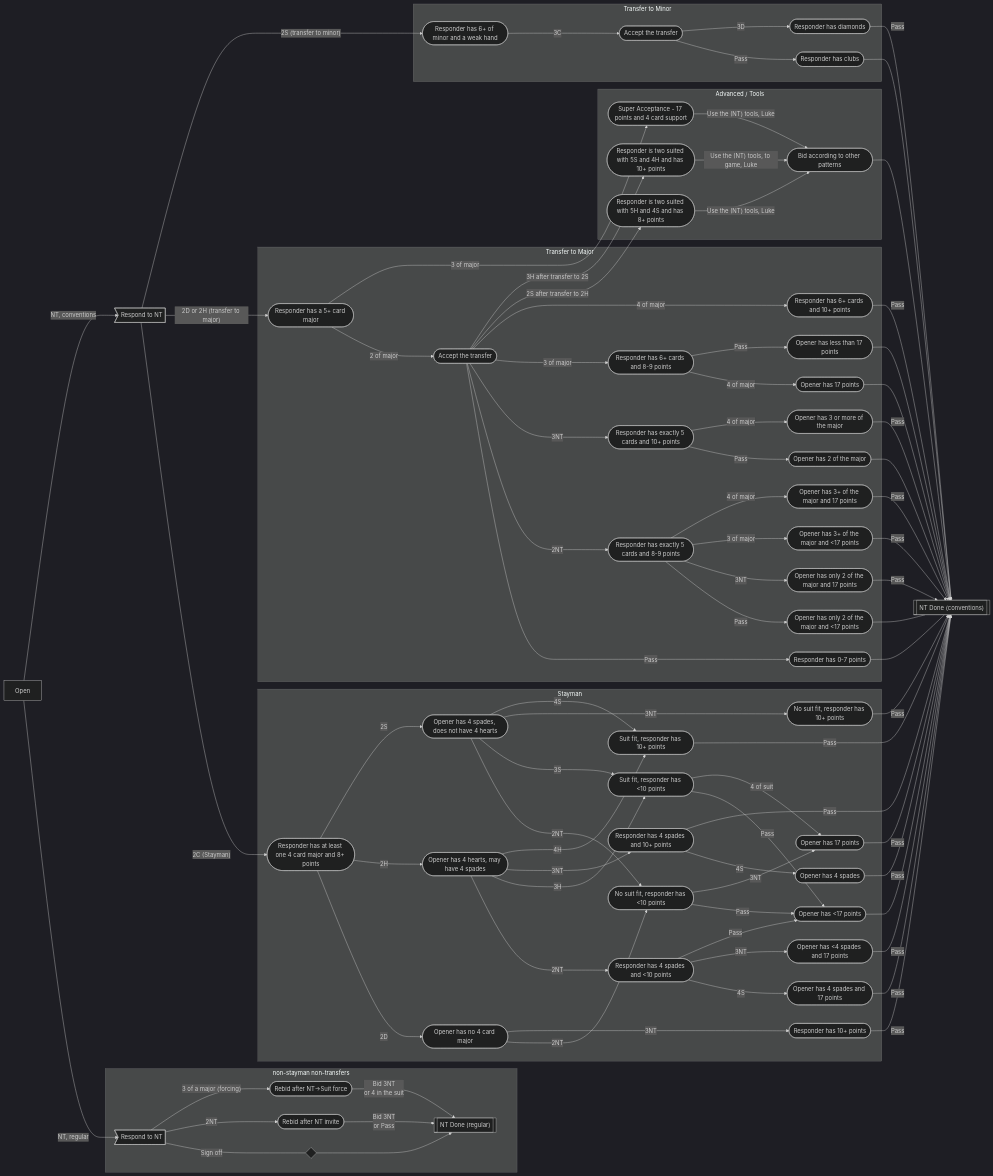
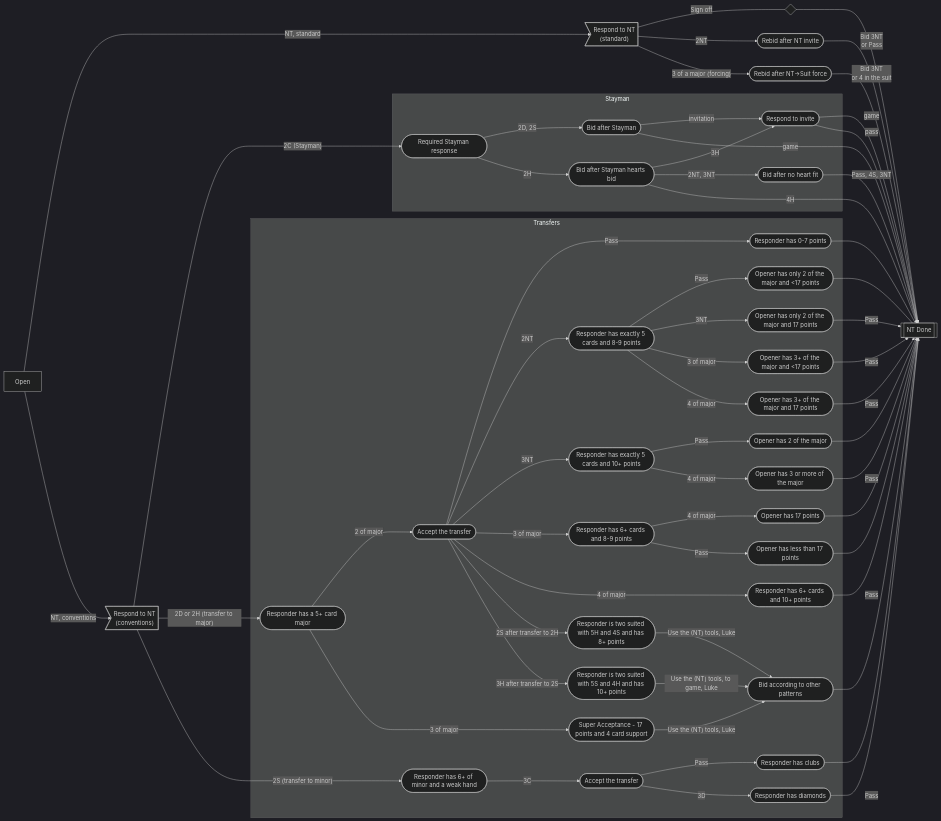
The diagram in transfers.mmd (truist/bridge_bidding), drawn with Mermaid (dark theme) before and after one commit. The commit also changed 1 other file, not shown here.

Commit message:
Stayman simplified

```diff
--- a/transfers.mmd
+++ b/transfers.mmd
@@ -1,103 +1,82 @@
 flowchart LR
   Open[Open]
-    Open -->|NT, regular| NTRespond>Respond to NT]
-    Open -->|NT, conventions| NTConventions>Respond to NT]
+    Open -->|NT, standard| NTStandard>"Respond to NT\n(standard)"]
+    Open -->|NT, conventions| NTConventions>"Respond to NT\n(conventions)"]
 
-  subgraph NTOpensGraph [non-stayman non-transfers]
-    NTRespond ---|"Sign off"| Spacer1{" "}
-      Spacer1 --> NTDoneRegular[["NT Done (regular)"]]
-    NTRespond -->|"2NT"| NTInvitational([Rebid after NT invite])
-      NTInvitational -->|Bid 3NT\nor Pass| NTDoneRegular
-    NTRespond -->|"3 of a major (forcing)"| NTForcing([Rebid after NT->Suit force])
-      NTForcing -->|Bid 3NT\nor 4 in the suit| NTDoneRegular
+    NTStandard ---|"Sign off"| Spacer1{" "}
+      Spacer1 --> NTDone[["NT Done"]]
+    NTStandard -->|"2NT"| NTInvitational([Rebid after NT invite])
+      NTInvitational -->|Bid 3NT\nor Pass| NTDone
+    NTStandard -->|"3 of a major (forcing)"| NTForcing([Rebid after NT->Suit force])
+      NTForcing -->|Bid 3NT\nor 4 in the suit| NTDone
+
+    NTConventions -->|"2C (Stayman)"| Stayman([Required Stayman response])
+
+  subgraph StaymanGraph2 [Stayman]
+      Stayman -->|2D, 2S| StaymanNextBidSimple([Bid after Stayman])
+        StaymanNextBidSimple -->|invitation| StaymanInviteRespond([Respond to invite])
+      Stayman -->|2H| StaymanNextBidHearts([Bid after Stayman hearts bid])
+        StaymanNextBidHearts -->|3H| StaymanInviteRespond
+        StaymanNextBidHearts -->|2NT, 3NT| StaymanNoHeartFit([Bid after no heart fit])
   end
+          StaymanInviteRespond -->|game| NTDone
+          StaymanInviteRespond -->|pass| NTDone
+        StaymanNextBidSimple -->|game| NTDone
+        StaymanNextBidHearts -->|4H| NTDone
+          StaymanNoHeartFit -->|Pass, 4S, 3NT| NTDone
 
-    NTConventions -->|"2C (Stayman)"| Stayman([Responder has at least one 4 card major and 8+ points])
-  subgraph StaymanGraph [Stayman]
-      Stayman -->|2D| NoMajor([Opener has no 4 card major])
-        NoMajor -->|2NT| NoFitInvitational([No suit fit, responder has <10 points])
-          NoFitInvitational -->|Pass| InvitationalLowPoints([Opener has <17 points])
-          NoFitInvitational  -->|3NT| InvitationalHighPoints([Opener has 17 points])
-        NoMajor -->|3NT| NTGame([Responder has 10+ points])
-      Stayman -->|2H| HeartMajor([Opener has 4 hearts, may have 4 spades])
-        HeartMajor -->|2NT| SpadeSecondChanceLowPoints([Responder has 4 spades and <10 points])
-          SpadeSecondChanceLowPoints -->|4S| SpadeChanceWonHighPoints([Opener has 4 spades and 17 points])
-          SpadeSecondChanceLowPoints -->|3NT| SpadeChanceLostHighPoints([Opener has <4 spades and 17 points])
-          SpadeSecondChanceLowPoints -->|Pass| InvitationalLowPoints
-        HeartMajor -->|3H| SuitInvitational([Suit fit, responder has <10 points])
-          SuitInvitational -->|Pass| InvitationalLowPoints
-          SuitInvitational -->|4 of suit| InvitationalHighPoints
-        HeartMajor -->|3NT| SpadeSecondChanceHighPoints([Responder has 4 spades and 10+ points])
-          SpadeSecondChanceHighPoints -->|4S| SpadeChanceWon([Opener has 4 spades])
-        HeartMajor -->|4H| GameFitResponder([Suit fit, responder has 10+ points])
-      Stayman -->|2S| SpadeMajor([Opener has 4 spades, does not have 4 hearts])
-        SpadeMajor -->|2NT| NoFitInvitational
-        SpadeMajor -->|3S| SuitInvitational
-        SpadeMajor -->|3NT| NoFitNT([No suit fit, responder has 10+ points])
-        SpadeMajor -->|4S| GameFitResponder
-  end
-            InvitationalLowPoints --- NTDone[["NT Done (conventions)"]]
-            InvitationalHighPoints -->|Pass| NTDone
-          NTGame -->|Pass| NTDone
-            SpadeChanceWonHighPoints -->|Pass| NTDone
-            SpadeChanceLostHighPoints -->|Pass| NTDone
-            SpadeChanceWon -->|Pass| NTDone
-          SpadeSecondChanceHighPoints -->|Pass| NTDone
-          NoFitNT -->|Pass| NTDone
-          GameFitResponder -->|Pass| NTDone
+
 
     NTConventions -->|"2D or 2H (transfer to major)"| TransferMajor([Responder has a 5+ card major])
-  subgraph MajorTransfer [Transfer to Major]
+    NTConventions -->|"2S (transfer to minor)"| TransferMinor([Responder has 6+ of minor and a weak hand])
+  subgraph Transfer [Transfers]
       TransferMajor -->|2 of major| AfterMajorTransfer([Accept the transfer])
         AfterMajorTransfer -->|Pass| LowPoints([Responder has 0-7 points])
 
         AfterMajorTransfer -->|2NT| FiveCardMajorLowPoints([Responder has exactly 5 cards and 8-9 points])
           FiveCardMajorLowPoints -->|Pass| TwoOfMajorLowPoints([Opener has only 2 of the major and <17 points])
           FiveCardMajorLowPoints -->|3NT| TwoOfMajorHighPoints([Opener has only 2 of the major and 17 points])
           FiveCardMajorLowPoints -->|3 of major| ThreeOfMajorLowPoints([Opener has 3+ of the major and <17 points])
           FiveCardMajorLowPoints -->|4 of major| FourOfMajorHighPoints([Opener has 3+ of the major and 17 points])
 
 
         AfterMajorTransfer -->|3NT| FiveCardMajorHighPoints([Responder has exactly 5 cards and 10+ points])
           FiveCardMajorHighPoints -->|Pass| OnlyTwo([Opener has 2 of the major])
           FiveCardMajorHighPoints -->|4 of major| ThreeOrMore([Opener has 3 or more of the major])
 
         AfterMajorTransfer -->|3 of major| SixCardMajorLowPoints([Responder has 6+ cards and 8-9 points])
           SixCardMajorLowPoints -->|4 of major| Has17([Opener has 17 points])
           SixCardMajorLowPoints -->|Pass| LessThan17([Opener has less than 17 points])
 
         AfterMajorTransfer -->|4 of major| SixCardMajorHighPoints([Responder has 6+ cards and 10+ points])
 
+        AfterMajorTransfer -->|2S after transfer to 2H| HSTwoSuited([Responder is two suited with 5H and 4S and has 8+ points])
+          HSTwoSuited -->|"Use the (NT) tools, Luke"| Tools([Bid according to other patterns])
+
+        AfterMajorTransfer -->|3H after transfer to 2S| SHTwoSuited([Responder is two suited with 5S and 4H and has 10+ points])
+          SHTwoSuited -->|"Use the (NT) tools, to game, Luke"| Tools
+
+      TransferMajor -->|3 of major| SuperAcceptance([Super Acceptance - 17 points and 4 card support])
+        SuperAcceptance -->|"Use the (NT) tools, Luke"| Tools
+
+
+      TransferMinor -->|3C| AfterMinorTransfer([Accept the transfer])
+        AfterMinorTransfer -->|Pass| PreferClubs([Responder has clubs])
+        AfterMinorTransfer -->|3D| PreferDiamonds([Responder has diamonds])
   end
+
           LowPoints --- NTDone
             TwoOfMajorLowPoints --- NTDone
             TwoOfMajorHighPoints -->|Pass| NTDone
             ThreeOfMajorLowPoints -->|Pass| NTDone
             FourOfMajorHighPoints -->|Pass| NTDone
             OnlyTwo --- NTDone
             ThreeOrMore -->|Pass| NTDone
             Has17 --- NTDone
             LessThan17 --- NTDone
           SixCardMajorHighPoints -->|Pass| NTDone
 
-  subgraph AdvancedTools [Advanced / Tools]
-        AfterMajorTransfer -->|2S after transfer to 2H| HSTwoSuited([Responder is two suited with 5H and 4S and has 8+ points])
-          HSTwoSuited -->|"Use the (NT) tools, Luke"| Tools([Bid according to other patterns])
-
-        AfterMajorTransfer -->|3H after transfer to 2S| SHTwoSuited([Responder is two suited with 5S and 4H and has 10+ points])
-          SHTwoSuited -->|"Use the (NT) tools, to game, Luke"| Tools
-
-      TransferMajor -->|3 of major| SuperAcceptance([Super Acceptance - 17 points and 4 card support])
-        SuperAcceptance -->|"Use the (NT) tools, Luke"| Tools
-  end
-            Tools --- NTDone
-
-
-    NTConventions -->|"2S (transfer to minor)"| TransferMinor([Responder has 6+ of minor and a weak hand])
-  subgraph MinorTransfer [Transfer to Minor]
-      TransferMinor -->|3C| AfterMinorTransfer([Accept the transfer])
-        AfterMinorTransfer -->|Pass| PreferClubs([Responder has clubs])
-        AfterMinorTransfer -->|3D| PreferDiamonds([Responder has diamonds])
-  end
           PreferClubs --- NTDone
           PreferDiamonds -->|Pass| NTDone
+
+            Tools --- NTDone
```
